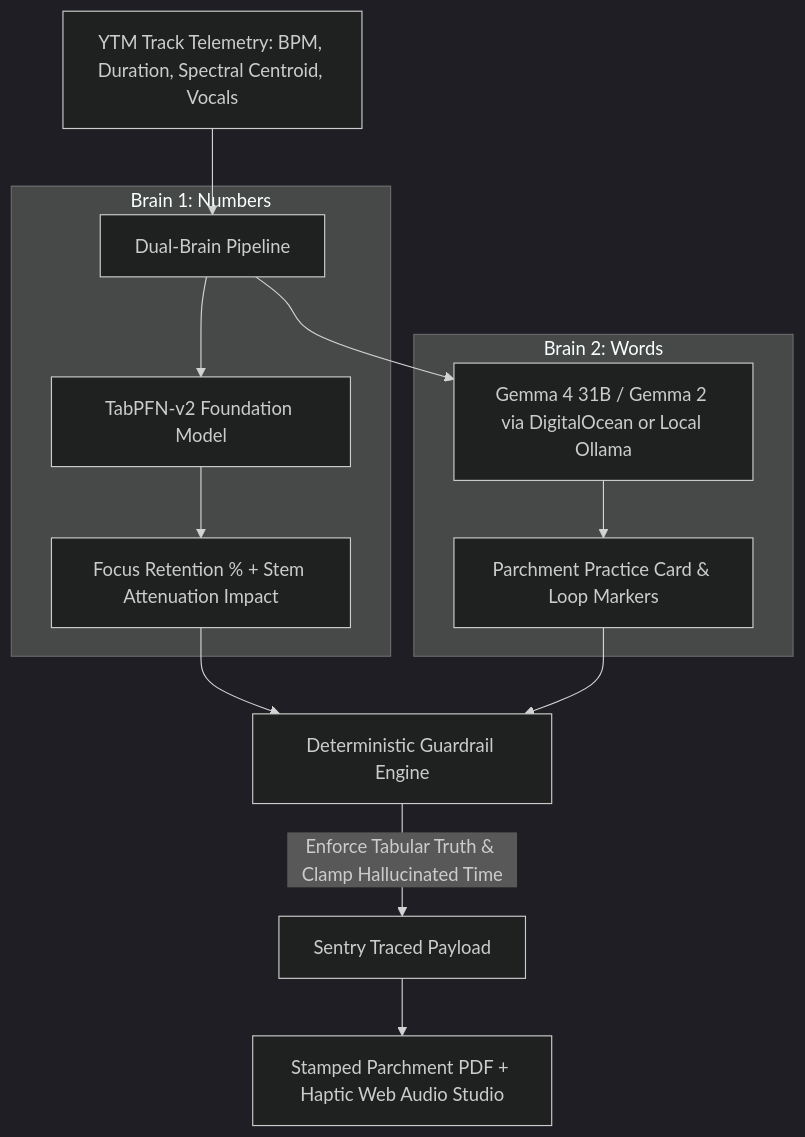
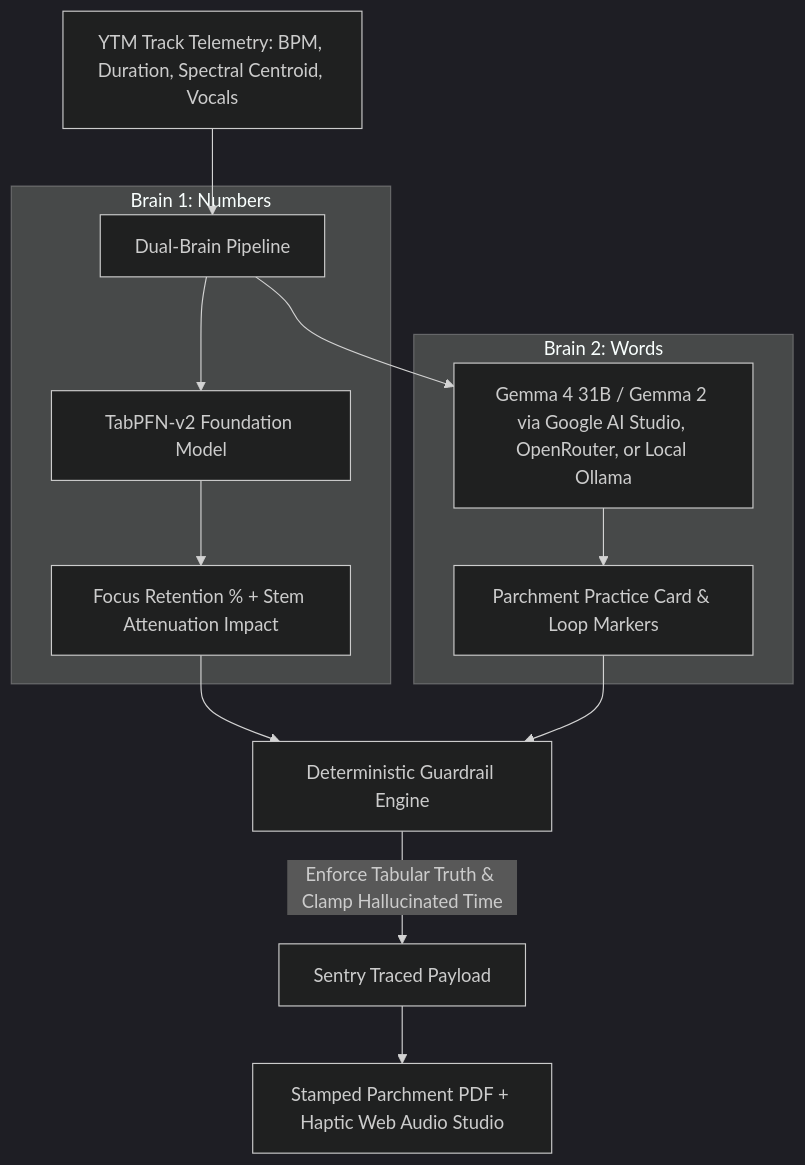
The diagram in SUBMISSION_POST.md (Labreo/audiobite.tech), drawn with Mermaid (dark theme) before and after one commit. The commit also changed other lines of this file and 4 other files, not shown here.

Commit message:
feat: switch to zero-burn Gemma 4 inference via Google AI Studio and update Render blueprint and submission

````diff
--- a/SUBMISSION_POST.md
+++ b/SUBMISSION_POST.md
@@ -40,20 +40,20 @@
 ```mermaid
 graph TD
     A[YTM Track Telemetry: BPM, Duration, Spectral Centroid, Vocals] --> B[Dual-Brain Pipeline]
     
     subgraph Brain 1: Numbers
     B --> C[TabPFN-v2 Foundation Model]
     C --> D[Focus Retention % + Stem Attenuation Impact]
     end
     
     subgraph Brain 2: Words
-    B --> E[Gemma 4 31B / Gemma 2 via DigitalOcean or Local Ollama]
+    B --> E[Gemma 4 31B / Gemma 2 via Google AI Studio, OpenRouter, or Local Ollama]
     E --> F[Parchment Practice Card & Loop Markers]
     end
     
     D --> G[Deterministic Guardrail Engine]
     F --> G
     
     G -->|Enforce Tabular Truth & Clamp Hallucinated Time| H[Sentry Traced Payload]
     H --> I[Stamped Parchment PDF + Haptic Web Audio Studio]
 ```
````
